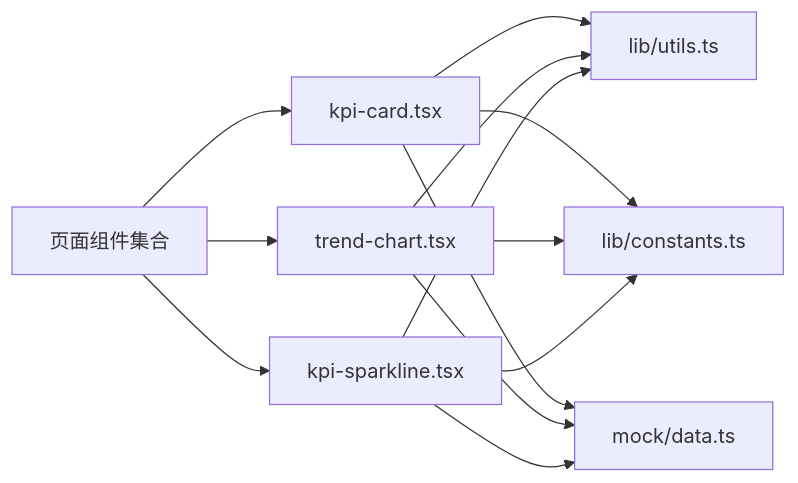
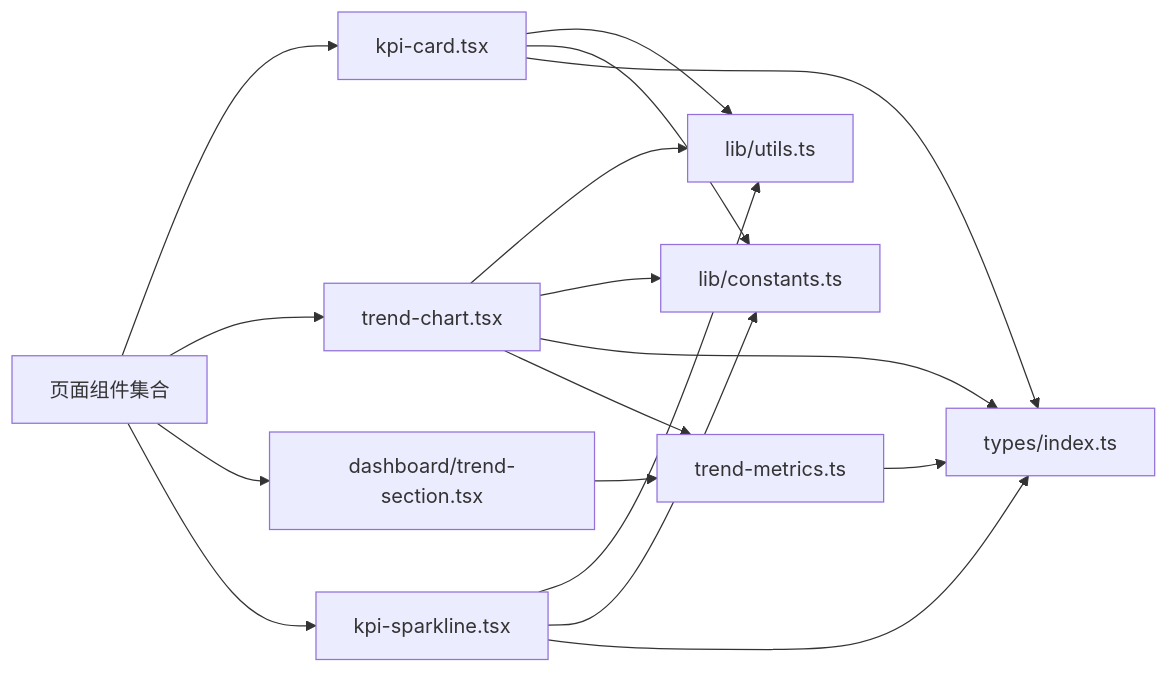
The fifth of 5 diagrams in .qoder/repowiki/zh/content/性能优化/渲染优化/图表组件性能优化.md (Damao997/newproject), drawn with Mermaid before and after one commit. The commit also changed other lines of this file and 57 other files, not shown here.

````diff
--- a/.qoder/repowiki/zh/content/性能优化/渲染优化/图表组件性能优化.md
+++ b/.qoder/repowiki/zh/content/性能优化/渲染优化/图表组件性能优化.md
@@ -253,15 +296,19 @@
 ```mermaid
 graph LR
 KC["kpi-card.tsx"] --> U["lib/utils.ts"]
 KC --> C["lib/constants.ts"]
-KC --> M["mock/data.ts"]
+KC --> TY["types/index.ts"]
 TC["trend-chart.tsx"] --> U
 TC --> C
-TC --> M
+TC --> TY
+TC --> TM["trend-metrics.ts"]
 KS["kpi-sparkline.tsx"] --> U
 KS --> C
-KS --> M
+KS --> TY
+TM --> TY
 Pages["页面组件集合"] --> KC
 Pages --> TC
+Pages --> TS["dashboard/trend-section.tsx"]
 Pages --> KS
+TS --> TM
 ```
````
